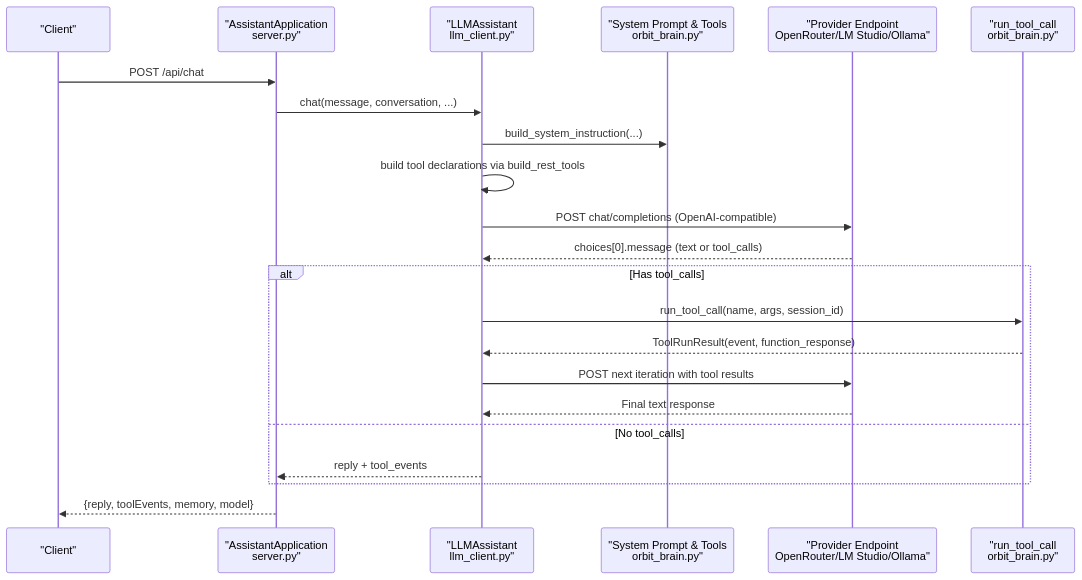
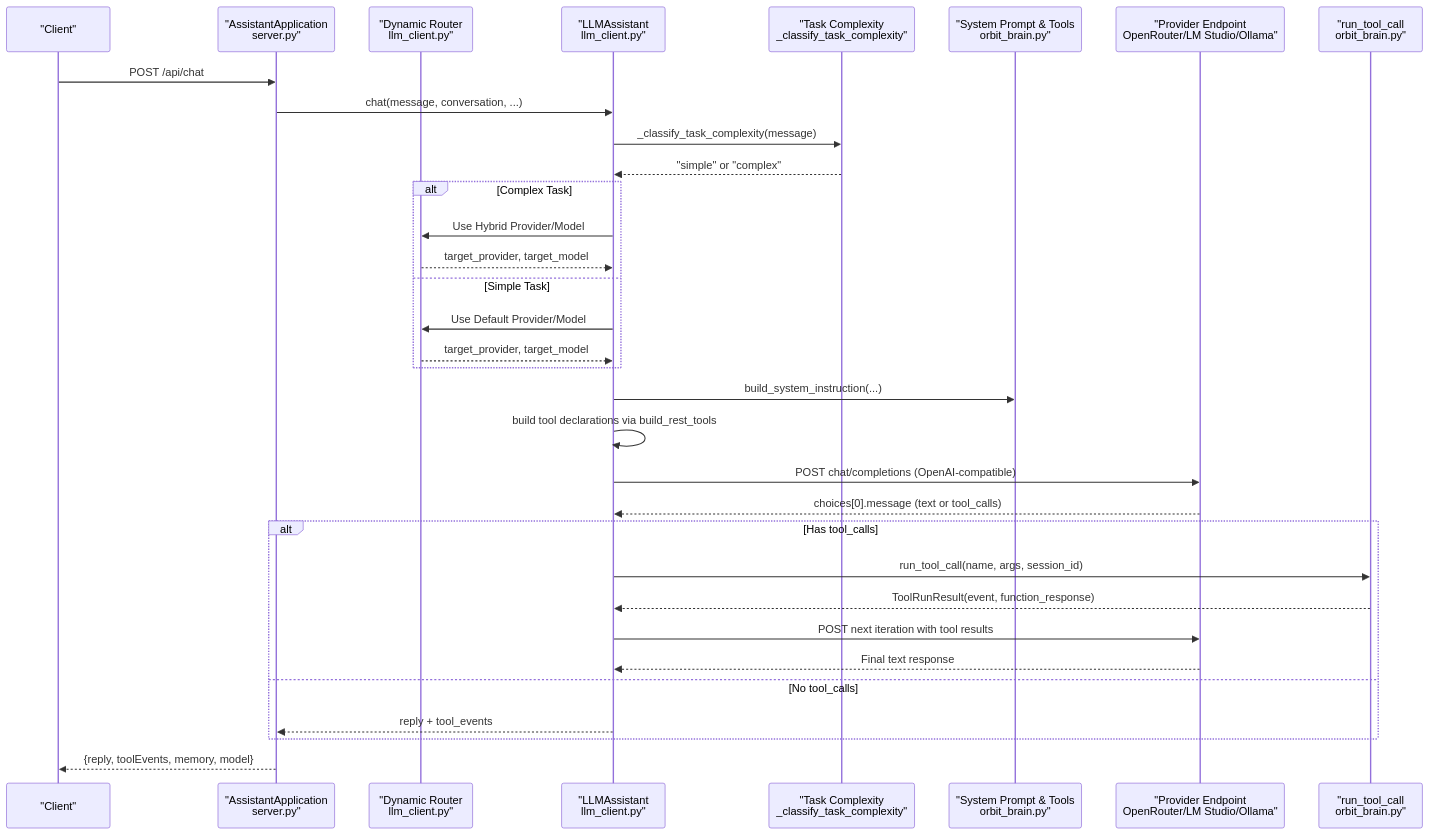
One commit to Sovetsky-Soyuz/AI-Assistant changed the second of 6 diagrams in .qoder/repowiki/en/content/Backend Components/LLM Integration Layer/OpenRouter and OpenAI-Compatible Providers.md. Above: the diagram before and after it, drawn with Mermaid. The commit also changed other lines of this file and 10 other files, not shown here.

````diff
--- a/.qoder/repowiki/en/content/Backend Components/LLM Integration Layer/OpenRouter and OpenAI-Compatible Providers.md
+++ b/.qoder/repowiki/en/content/Backend Components/LLM Integration Layer/OpenRouter and OpenAI-Compatible Providers.md
@@ -89,24 +108,35 @@
 ```mermaid
 sequenceDiagram
 participant Client as "Client"
 participant Server as "AssistantApplication<br/>server.py"
+participant Router as "Dynamic Router<br/>llm_client.py"
 participant Assistant as "LLMAssistant<br/>llm_client.py"
+participant Classifier as "Task Complexity<br/>_classify_task_complexity"
 participant Brain as "System Prompt & Tools<br/>orbit_brain.py"
 participant Provider as "Provider Endpoint<br/>OpenRouter/LM Studio/Ollama"
 participant Tools as "run_tool_call<br/>orbit_brain.py"
 Client->>Server : POST /api/chat
 Server->>Assistant : chat(message, conversation, ...)
+Assistant->>Classifier : _classify_task_complexity(message)
+Classifier-->>Assistant : "simple" or "complex"
+alt Complex Task
+Assistant->>Router : Use Hybrid Provider/Model
+Router-->>Assistant : target_provider, target_model
+else Simple Task
+Assistant->>Router : Use Default Provider/Model
+Router-->>Assistant : target_provider, target_model
+end
 Assistant->>Brain : build_system_instruction(...)
 Assistant->>Assistant : build tool declarations via build_rest_tools
 Assistant->>Provider : POST chat/completions (OpenAI-compatible)
 Provider-->>Assistant : choices[0].message (text or tool_calls)
 alt Has tool_calls
 Assistant->>Tools : run_tool_call(name, args, session_id)
 Tools-->>Assistant : ToolRunResult(event, function_response)
 Assistant->>Provider : POST next iteration with tool results
 Provider-->>Assistant : Final text response
 else No tool_calls
 Assistant-->>Server : reply + tool_events
 end
 Server-->>Client : {reply, toolEvents, memory, model}
 ```
````
